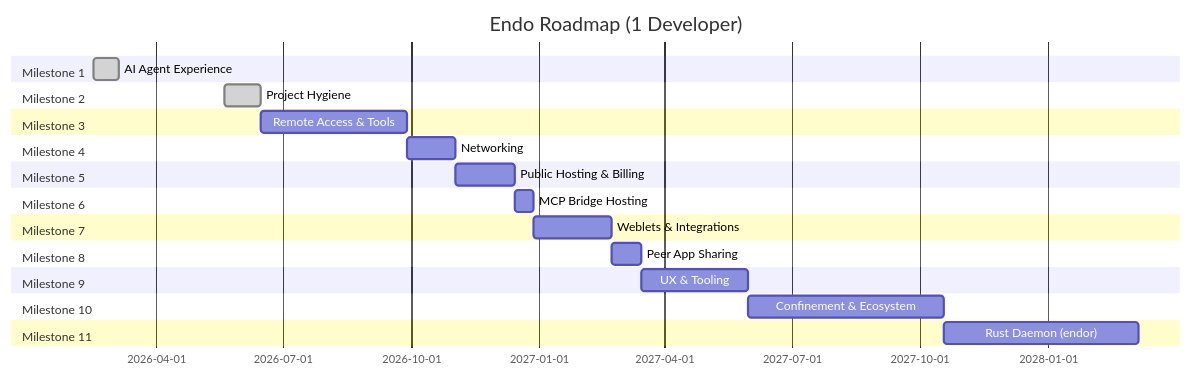
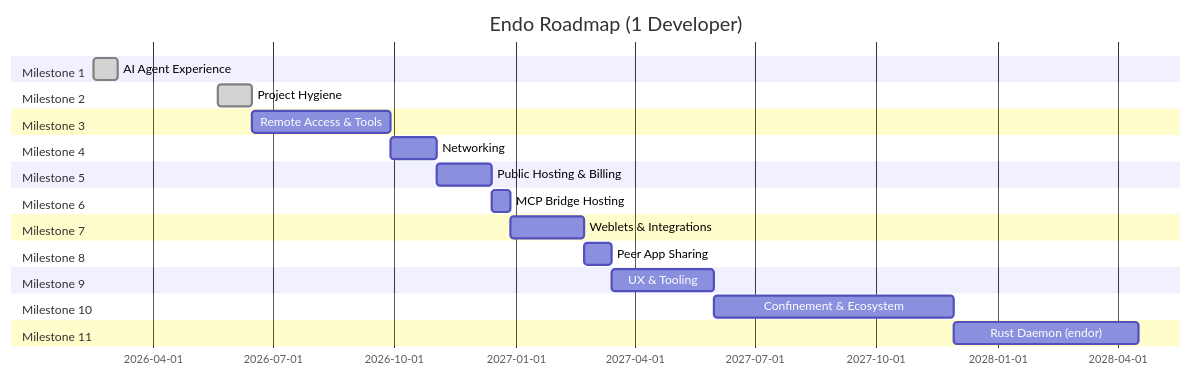
Before and after one commit to endojs/endo-but-for-bots: the second of 2 diagrams in designs/README.md, drawn with Mermaid. The commit also changed other lines of this file and 1 other file, not shown here.

````diff
--- a/designs/README.md
+++ b/designs/README.md
@@ -1660,38 +1700,38 @@
 ```mermaid
 gantt
     title Endo Roadmap (1 Developer)
     dateFormat YYYY-MM-DD
 
     section Milestone 1
     AI Agent Experience           :done, m1, 2026-02-15, 2026-03-05
 
     section Milestone 2
     Project Hygiene               :done, m2, 2026-05-20, 2026-06-15
 
     section Milestone 3
     Remote Access & Tools         :m3, after m2, 15w
 
     section Milestone 4
     Networking                    :m4, after m3, 5w
 
     section Milestone 5
     Public Hosting & Billing      :m5, after m4, 6w
 
     section Milestone 6
     MCP Bridge Hosting            :m6, after m5, 2w
 
     section Milestone 7
     Weblets & Integrations        :m7, after m6, 8w
 
     section Milestone 8
     Peer App Sharing              :m8, after m7, 3w
 
     section Milestone 9
     UX & Tooling                  :m9, after m8, 11w
 
     section Milestone 10
-    Confinement & Ecosystem       :m10, after m9, 20w
+    Confinement & Ecosystem       :m10, after m9, 26w
 
     section Milestone 11
     Rust Daemon (endor)           :m11, after m10, 20w
 ```
````
